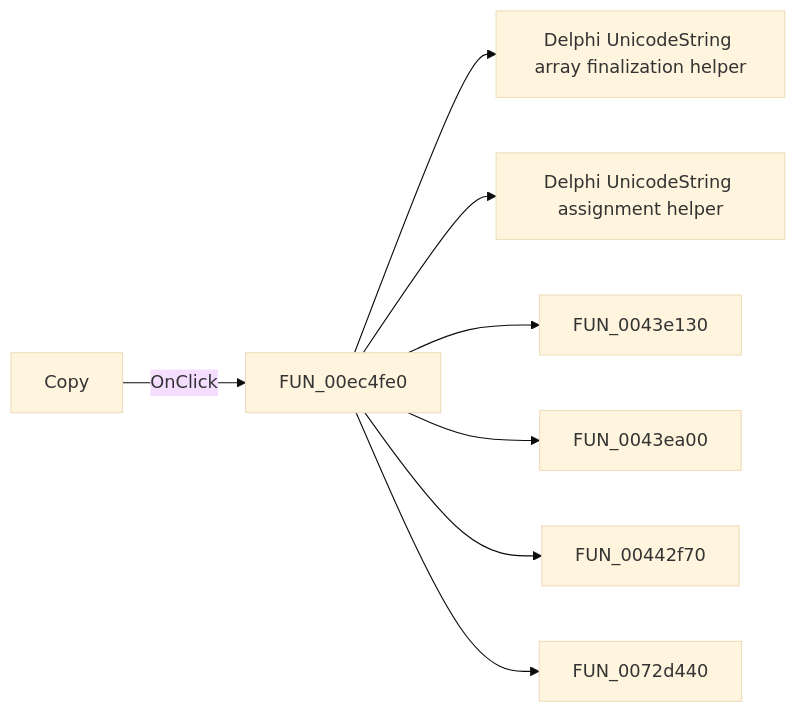
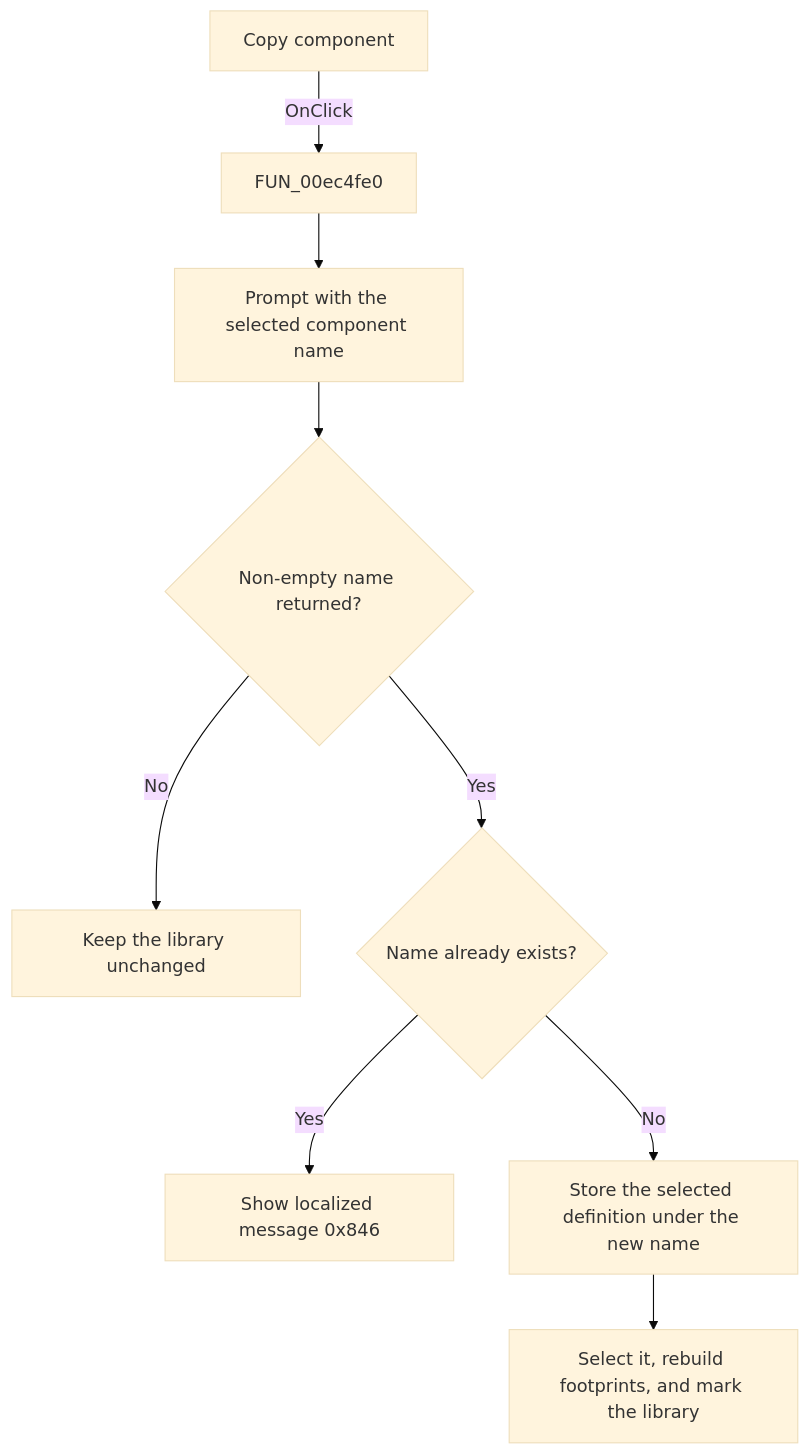
Before and after one commit to MovGP0/TIARA: the diagram in docs/ui-controls/pcbform4/btnclonecomponent-f16b4ccb90.md, drawn with Mermaid (base theme). The commit also changed other lines of this file and 1062 other files, not shown here.

````diff
--- a/docs/ui-controls/pcbform4/btnclonecomponent-f16b4ccb90.md
+++ b/docs/ui-controls/pcbform4/btnclonecomponent-f16b4ccb90.md
@@ -27,10 +31,11 @@
 ```mermaid
-flowchart LR
-    control["Copy"] -->|OnClick| handler["FUN_00ec4fe0"]
-    handler --> call1["Delphi UnicodeString array finalization helper"]
-    handler --> call2["Delphi UnicodeString assignment helper"]
-    handler --> call3["FUN_0043e130"]
-    handler --> call4["FUN_0043ea00"]
-    handler --> call5["FUN_00442f70"]
-    handler --> call6["FUN_0072d440"]
+flowchart TD
+    control["Copy component"] -->|OnClick| handler["FUN_00ec4fe0"]
+    handler --> prompt["Prompt with the selected component name"]
+    prompt --> name{"Non-empty name returned?"}
+    name -->|No| noChange["Keep the library unchanged"]
+    name -->|Yes| duplicate{"Name already exists?"}
+    duplicate -->|Yes| error["Show localized message 0x846"]
+    duplicate -->|No| copy["Store the selected definition under the new name"]
+    copy --> refresh["Select it, rebuild footprints, and mark the library"]
 ```
````
